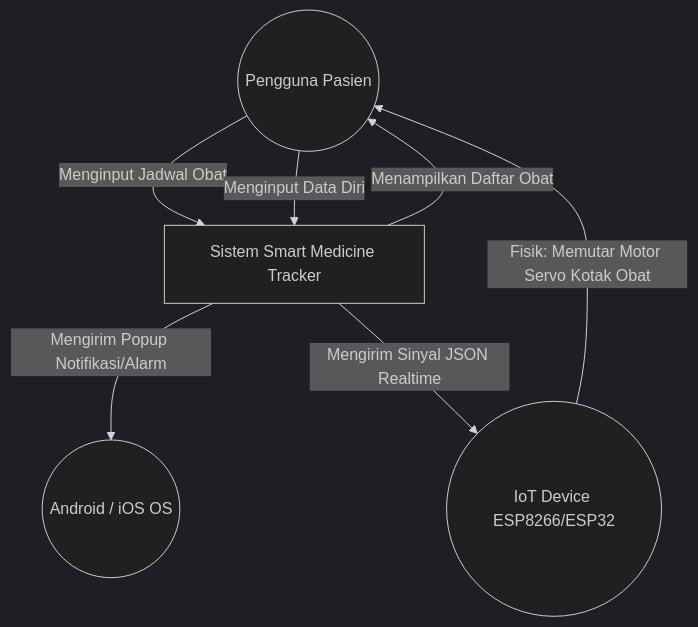
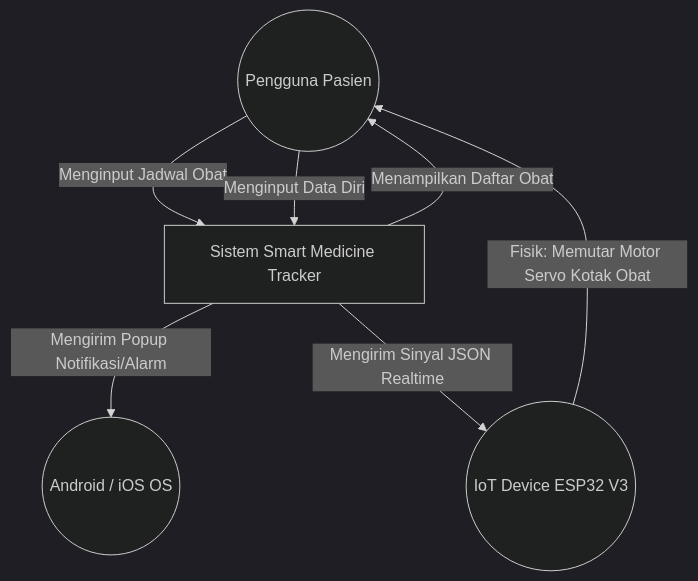
One commit to Andretmblkk/SmartMedicineBox changed the first of 2 diagrams in docs/dfd.md. Above: the diagram before and after it, drawn with Mermaid (dark theme). The commit also changed other lines of this file and 9 other files, not shown here.

````diff
--- a/docs/dfd.md
+++ b/docs/dfd.md
@@ -11,20 +11,20 @@
 ```mermaid
 graph TD
     %% Entitas Eksternal
     USER((Pengguna Pasien))
     OS((Android / iOS OS))
-    IOT((IoT Device ESP8266/ESP32))
+    IOT((IoT Device ESP32 V3))
     
     %% Proses Utama
     SYS[Sistem Smart Medicine Tracker]
     
     %% Flow
     USER -- Menginput Jadwal Obat --> SYS
     USER -- Menginput Data Diri --> SYS
     
     SYS -- Menampilkan Daftar Obat --> USER
     SYS -- Mengirim Popup Notifikasi/Alarm --> OS
     SYS -- Mengirim Sinyal JSON Realtime --> IOT
     
     IOT -- Fisik: Memutar Motor Servo Kotak Obat --> USER
 ```
````
